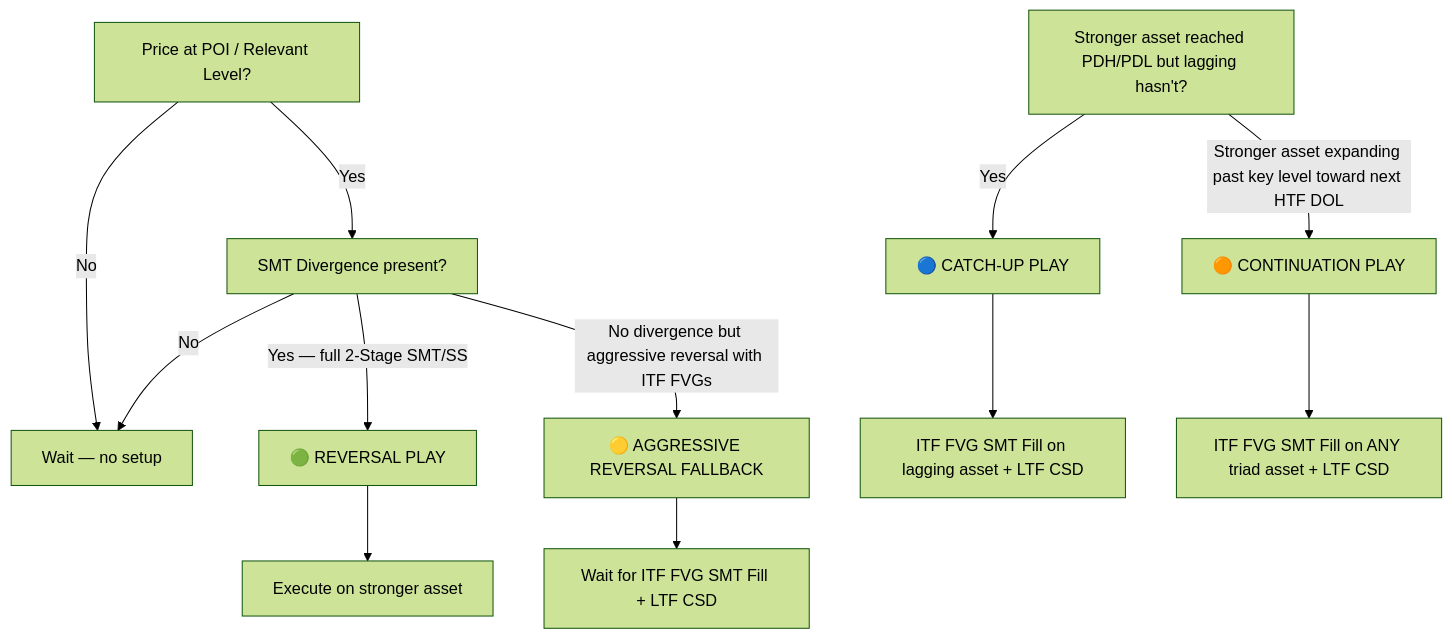
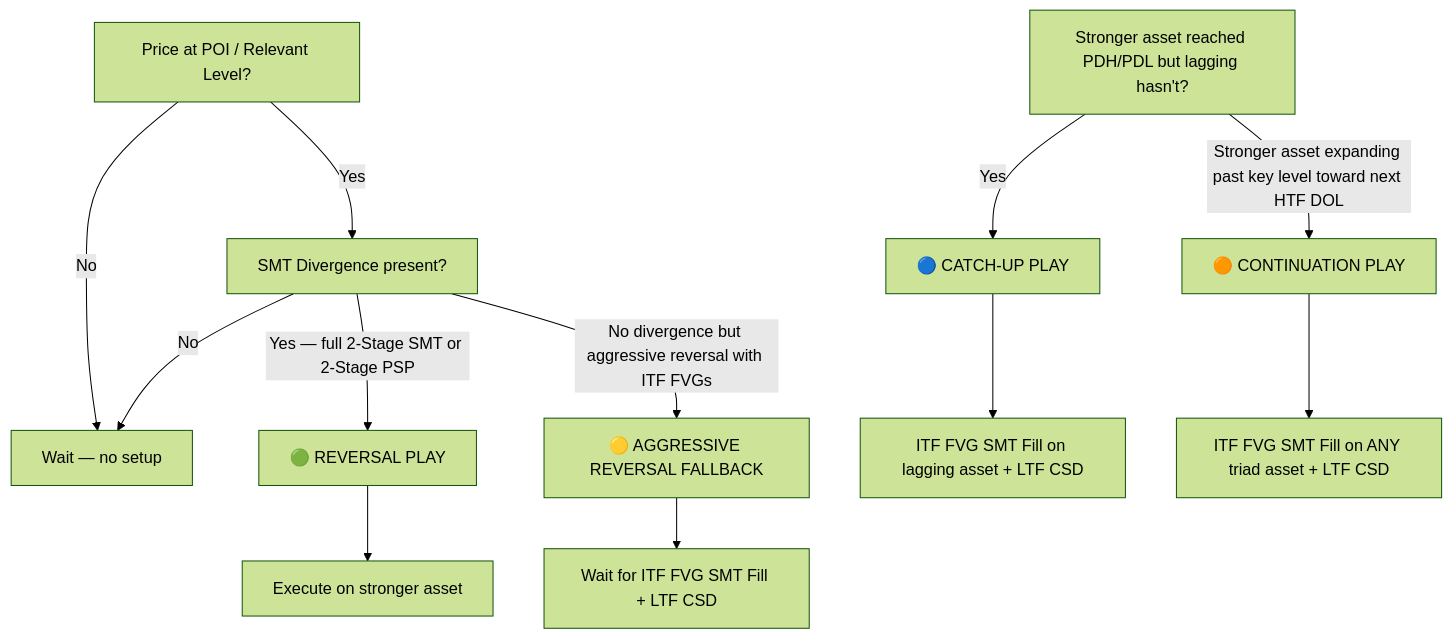
One commit to omarham1/NewGxT changed the diagram in docs/daily_execution_playbook.md. Above: the diagram before and after it, drawn with Mermaid (forest theme). The commit also changed other lines of this file and 10 other files, not shown here.

First line of the commit message:
Split 2-Stage SMT and 2-Stage PSP in the glossary and docs.

````diff
--- a/docs/daily_execution_playbook.md
+++ b/docs/daily_execution_playbook.md
@@ -115,18 +117,18 @@
 ```mermaid
 flowchart TD
     A["Price at POI / Relevant Level?"] -->|Yes| B["SMT Divergence present?"]
     A -->|No| W["Wait — no setup"]
     
-    B -->|"Yes — full 2-Stage SMT/SS"| C["🟢 REVERSAL PLAY"]
+    B -->|"Yes — full 2-Stage SMT or 2-Stage PSP"| C["🟢 REVERSAL PLAY"]
     B -->|"No divergence but aggressive reversal with ITF FVGs"| D["🟡 AGGRESSIVE REVERSAL FALLBACK"]
     B -->|"No"| W
     
     C --> E["Execute on stronger asset"]
     D --> F["Wait for ITF FVG SMT Fill + LTF CSD"]
     
     G["Stronger asset reached PDH/PDL but lagging hasn't?"] -->|Yes| H["🔵 CATCH-UP PLAY"]
     G -->|"Stronger asset expanding past key level toward next HTF DOL"| I["🟠 CONTINUATION PLAY"]
     
     H --> J["ITF FVG SMT Fill on lagging asset + LTF CSD"]
     I --> K["ITF FVG SMT Fill on ANY triad asset + LTF CSD"]
 ```
````
